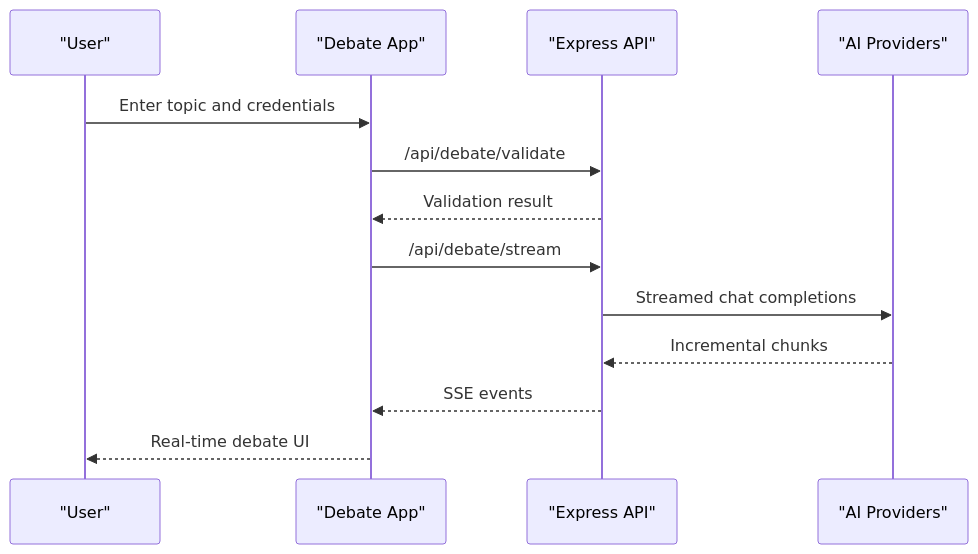
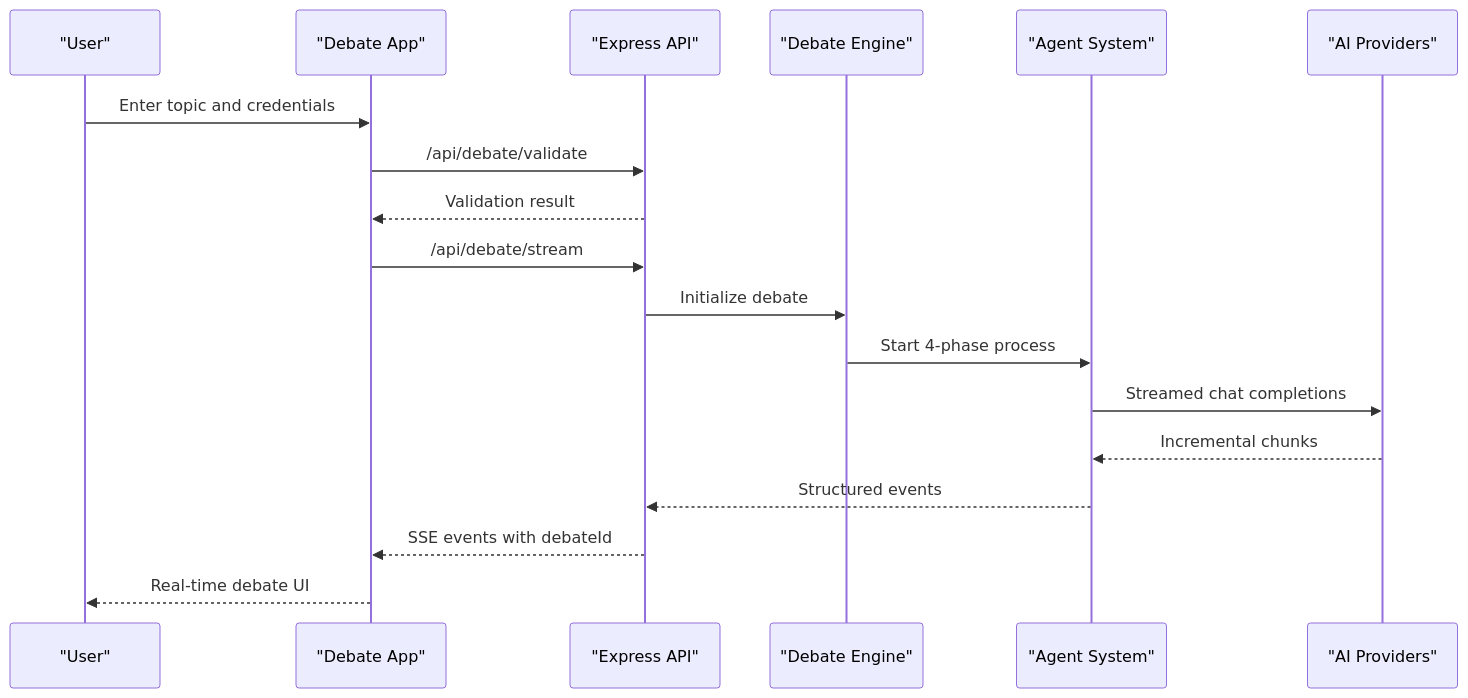
Before and after one commit to RunTimeAdmin/tri-ai: the tenth of 11 diagrams in .qoder/repowiki/en/content/System Architecture/System Architecture.md, drawn with Mermaid. The commit also changed other lines of this file and 21 other files, not shown here.

````diff
--- a/.qoder/repowiki/en/content/System Architecture/System Architecture.md
+++ b/.qoder/repowiki/en/content/System Architecture/System Architecture.md
@@ -369,15 +414,20 @@
 ```mermaid
 sequenceDiagram
 participant User as "User"
 participant App as "Debate App"
 participant API as "Express API"
+participant Engine as "Debate Engine"
+participant Agents as "Agent System"
 participant Providers as "AI Providers"
 User->>App : Enter topic and credentials
 App->>API : /api/debate/validate
 API-->>App : Validation result
 App->>API : /api/debate/stream
-API->>Providers : Streamed chat completions
-Providers-->>API : Incremental chunks
-API-->>App : SSE events
+API->>Engine : Initialize debate
+Engine->>Agents : Start 4-phase process
+Agents->>Providers : Streamed chat completions
+Providers-->>Agents : Incremental chunks
+Agents-->>API : Structured events
+API-->>App : SSE events with debateId
 App-->>User : Real-time debate UI
 ```
````
